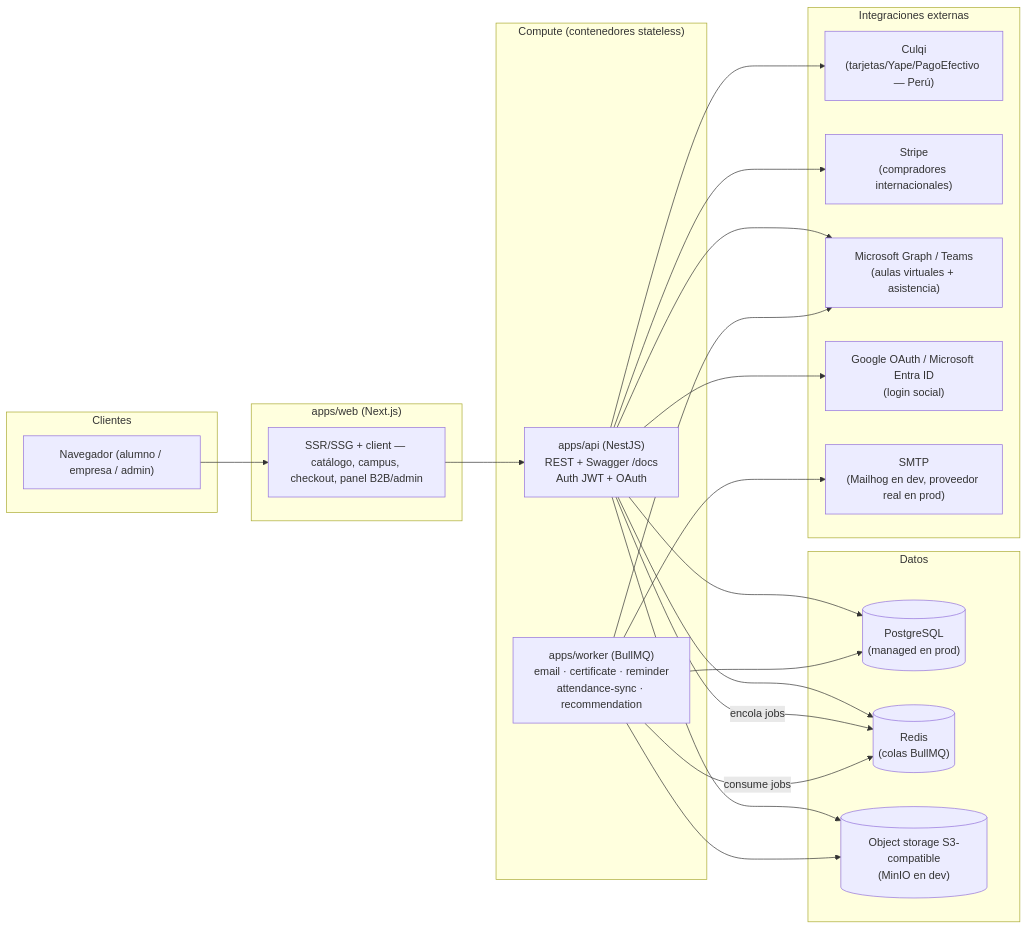
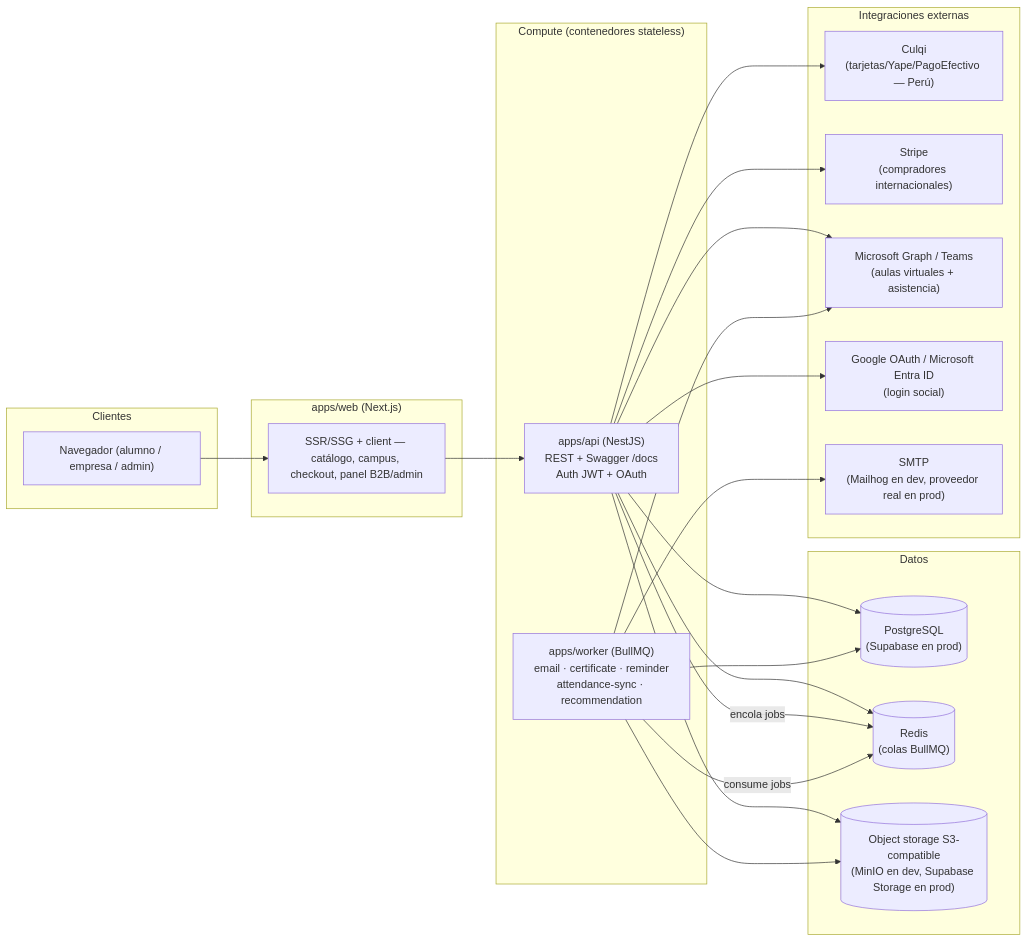
The diagram in docs/ARCHITECTURE.md (corfont/inkademy), drawn with Mermaid before and after one commit. The commit also changed other lines of this file and 44 other files, not shown here.

````diff
--- a/docs/ARCHITECTURE.md
+++ b/docs/ARCHITECTURE.md
@@ -10,45 +10,45 @@
 ```mermaid
 flowchart LR
   subgraph Clientes
     Browser["Navegador (alumno / empresa / admin)"]
   end
 
   subgraph Vercel_o_similar["apps/web (Next.js)"]
     Web["SSR/SSG + client — catálogo, campus, checkout, panel B2B/admin"]
   end
 
   subgraph Compute["Compute (contenedores stateless)"]
     Api["apps/api (NestJS)\nREST + Swagger /docs\nAuth JWT + OAuth"]
     Worker["apps/worker (BullMQ)\nemail · certificate · reminder\nattendance-sync · recommendation"]
   end
 
   subgraph Datos["Datos"]
-    Postgres[("PostgreSQL\n(managed en prod)")]
+    Postgres[("PostgreSQL\n(Supabase en prod)")]
     Redis[("Redis\n(colas BullMQ)")]
-    S3[("Object storage S3-compatible\n(MinIO en dev)")]
+    S3[("Object storage S3-compatible\n(MinIO en dev, Supabase Storage en prod)")]
   end
 
   subgraph Externos["Integraciones externas"]
     Culqi["Culqi\n(tarjetas/Yape/PagoEfectivo — Perú)"]
     Stripe["Stripe\n(compradores internacionales)"]
     Graph["Microsoft Graph / Teams\n(aulas virtuales + asistencia)"]
     OAuth["Google OAuth / Microsoft Entra ID\n(login social)"]
     Mail["SMTP\n(Mailhog en dev, proveedor real en prod)"]
   end
 
   Browser --> Web
   Web --> Api
   Api --> Postgres
   Api --> Redis
   Api --> S3
   Api --> Culqi
   Api --> Stripe
   Api --> Graph
   Api --> OAuth
   Api -- "encola jobs" --> Redis
   Worker -- "consume jobs" --> Redis
   Worker --> Postgres
   Worker --> S3
   Worker --> Mail
   Worker --> Graph
 ```
````
